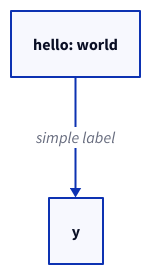
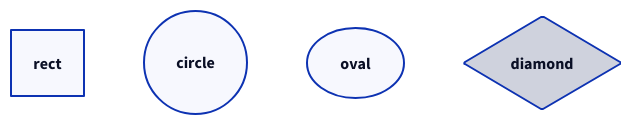
One commit to chyax98/DiagramAI changed diagram 15 of 24 in docs/kroki/d2/syntax-rules.md. Above: the diagram before and after it, drawn with D2. The commit also changed other lines of this file and 52 other files, not shown here.

````diff
--- a/docs/kroki/d2/syntax-rules.md
+++ b/docs/kroki/d2/syntax-rules.md
@@ -257,9 +219,6 @@
 ```d2
-# ✅ 无引号字符串 (推荐)
-x: hello world
-x -> y: simple label
-
-# ❌ 包含特殊字符时必须加引号
-x: hello: world     # 错误: 冒号会被解析
-x: "hello: world"   # 正确
+rect: {shape: rectangle}    # 矩形
+circle: {shape: circle}     # 圆形
+oval: {shape: oval}         # 椭圆
+diamond: {shape: diamond}   # 菱形
 ```
````
